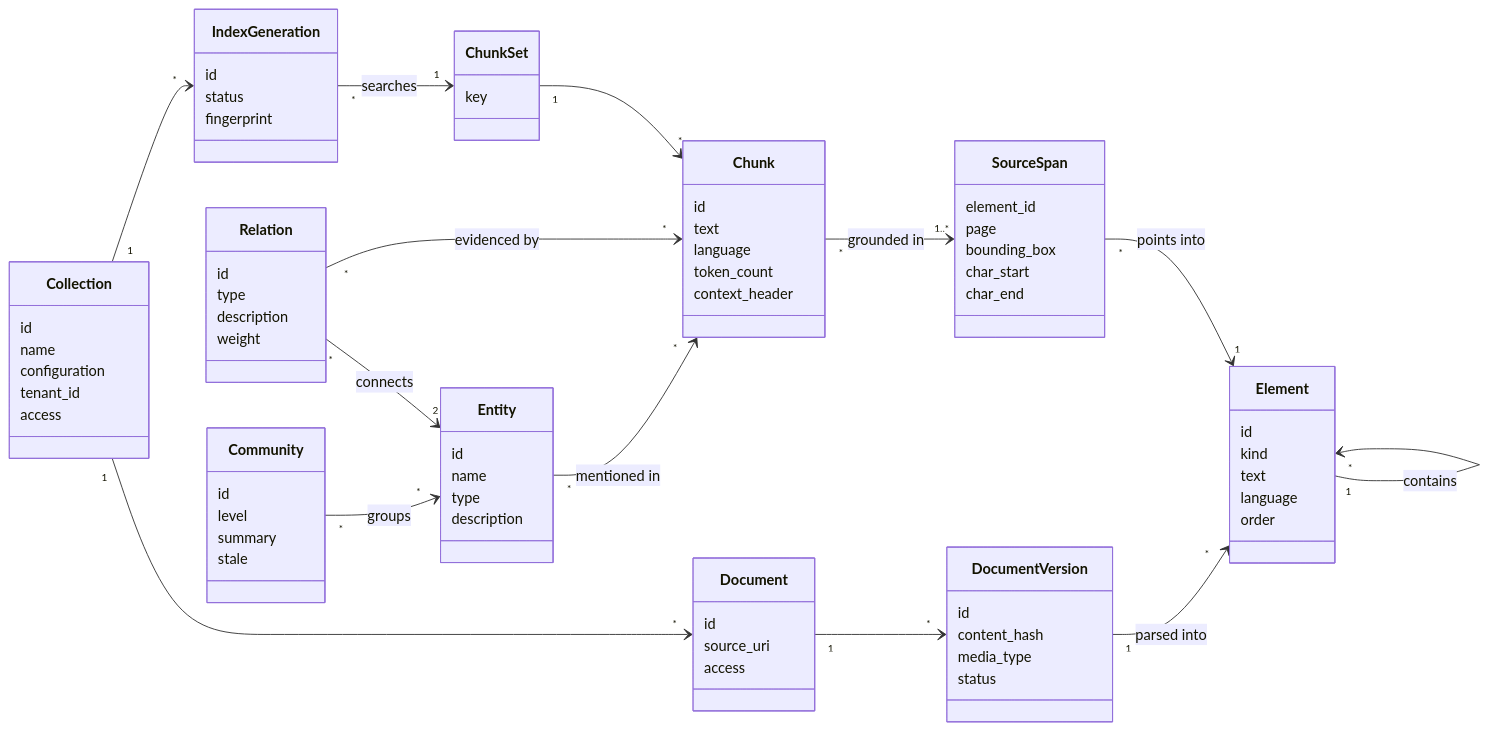
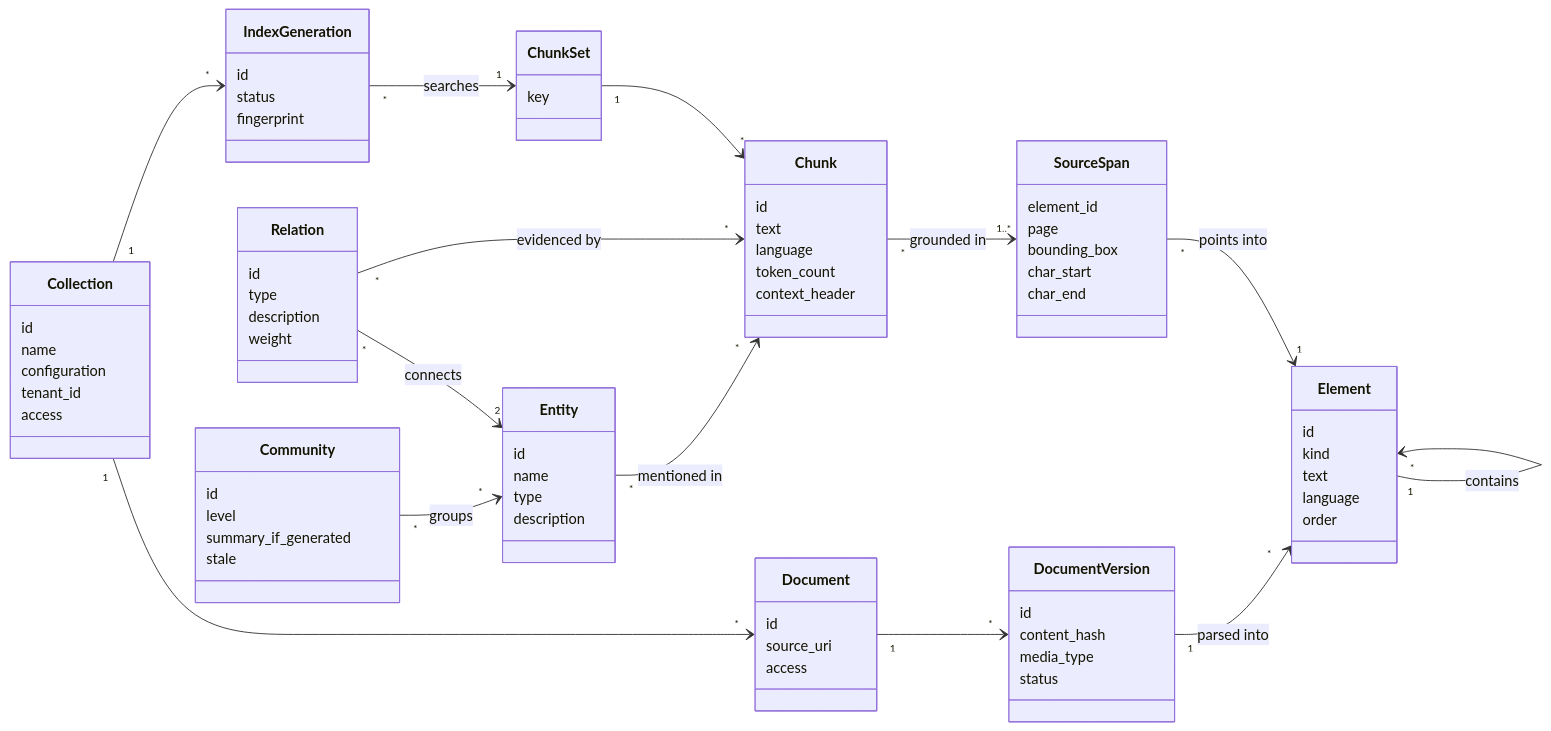
One commit to Carthavate/open-rag-engine changed the first of 4 diagrams in docs/architecture/06-domain-model.md. Above: the diagram before and after it, drawn with Mermaid. The commit also changed other lines of this file and 29 other files, not shown here.

First line of the commit message:
docs: research, requirements and first architecture decision records

```diff
--- a/docs/architecture/06-domain-model.md
+++ b/docs/architecture/06-domain-model.md
@@ -69,7 +69,7 @@
     class Community {
         id
         level
-        summary
+        summary_if_generated
         stale
     }
 
```
